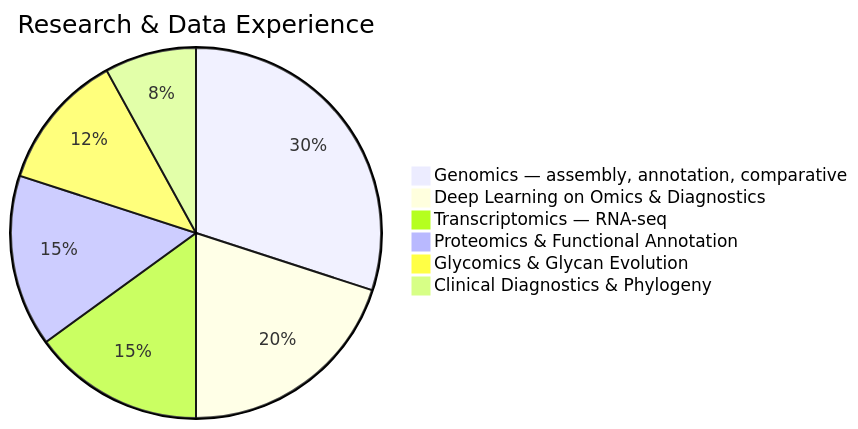
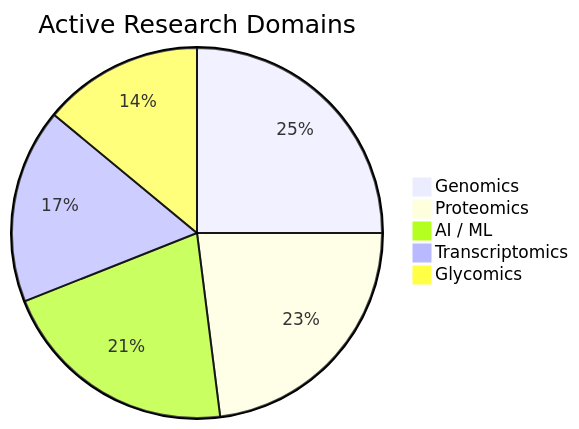
The diagram in README.md (zeyak/zeyak), drawn with Mermaid before and after one commit. The commit also changed other lines of this file, not shown here.

````diff
--- a/README.md
+++ b/README.md
@@ -25,9 +149,8 @@
 ```mermaid
-pie title Research & Data Experience
-    "Genomics — assembly, annotation, comparative" : 30
-    "Deep Learning on Omics & Diagnostics" : 20
-    "Transcriptomics — RNA-seq" : 15
-    "Proteomics & Functional Annotation" : 15
-    "Glycomics & Glycan Evolution" : 12
-    "Clinical Diagnostics & Phylogeny" : 8
+pie title Active Research Domains
+    "Genomics" : 25
+    "Proteomics" : 23
+    "AI / ML" : 21
+    "Transcriptomics" : 17
+    "Glycomics" : 14
 ```
````
